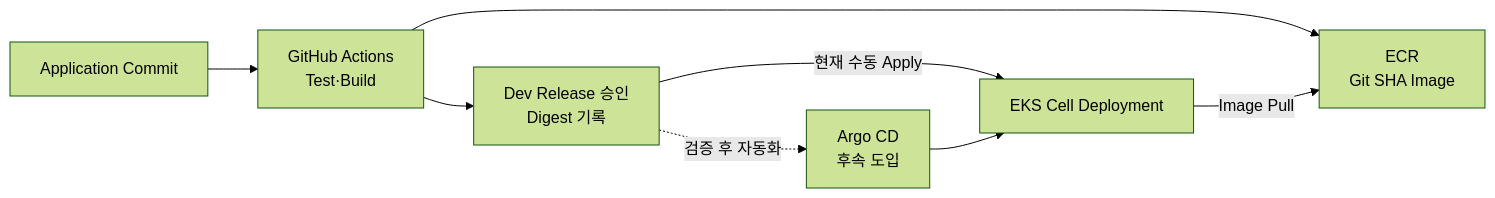
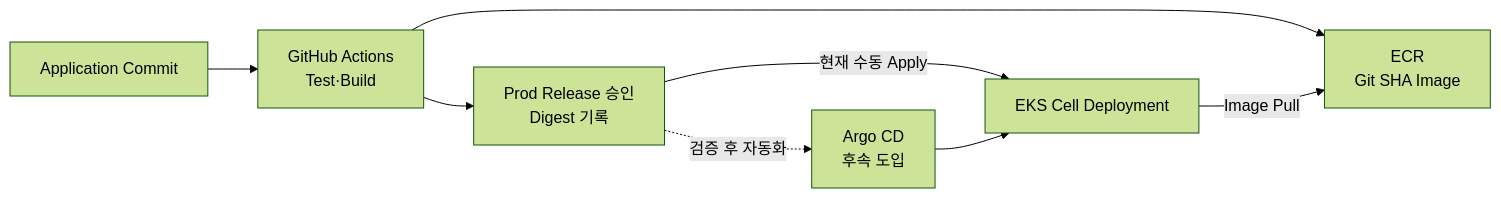
The second of 2 diagrams in Docs/AWS_EKS_셀_기반_인프라_설계.md (TeamDoroSoft/Doro-ERP-Infra), drawn with Mermaid (forest theme) before and after one commit. The commit also changed other lines of this file and 129 other files, not shown here.

Commit message:
feat: replace dev infrastructure with prod environment

````diff
--- a/Docs/AWS_EKS_셀_기반_인프라_설계.md
+++ b/Docs/AWS_EKS_셀_기반_인프라_설계.md
@@ -679,17 +679,17 @@
 ```mermaid
 flowchart LR
     CODE[Application Commit]
     GA[GitHub Actions<br/>Test·Build]
     ECR[ECR<br/>Git SHA Image]
-    REVIEW[Dev Release 승인<br/>Digest 기록]
+    REVIEW[Prod Release 승인<br/>Digest 기록]
     ARGO[Argo CD<br/>후속 도입]
     EKS[EKS Cell Deployment]
 
     CODE --> GA
     GA --> ECR
     GA --> REVIEW
     REVIEW -.->|검증 후 자동화| ARGO
     REVIEW -->|현재 수동 Apply| EKS
     ARGO --> EKS
     EKS -->|Image Pull| ECR
 ```
````
